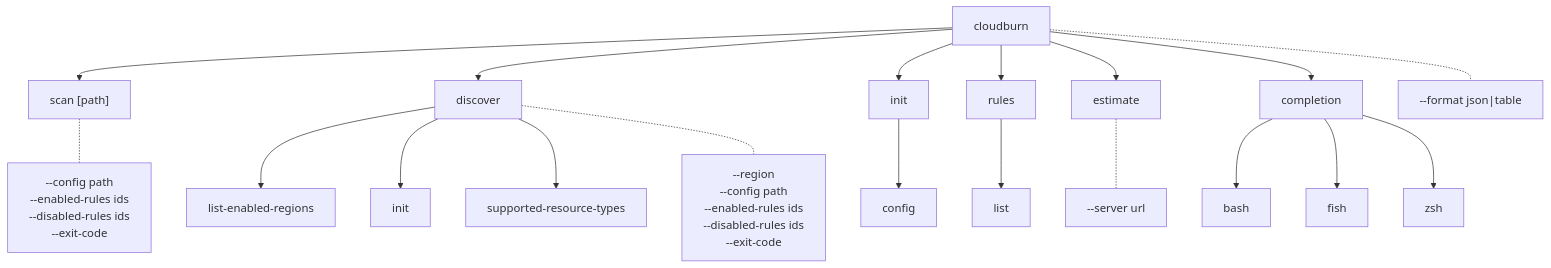
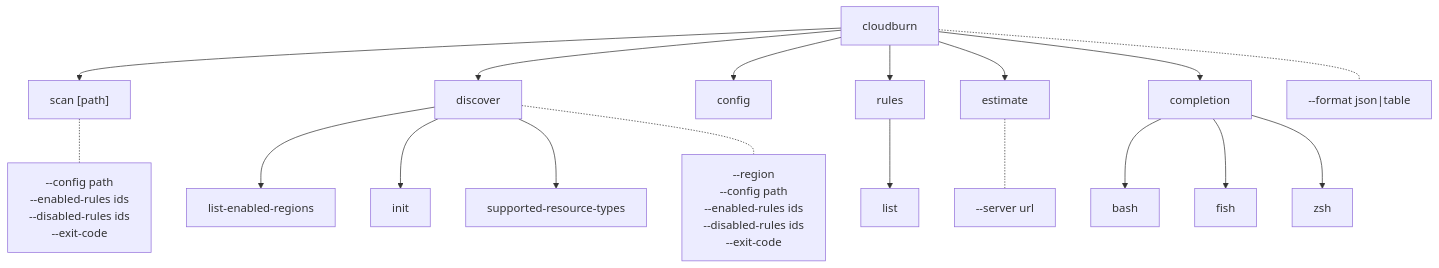
Before and after one commit to towardsthecloud/cloudburn: the first of 2 diagrams in docs/architecture/cli.md, drawn with Mermaid. The commit also changed other lines of this file and 13 other files, not shown here.

First line of the commit message:
fix(cli): replace init with config command (#44)

````diff
--- a/docs/architecture/cli.md
+++ b/docs/architecture/cli.md
@@ -5,22 +5,21 @@
 ```mermaid
 graph TD
   Root["cloudburn"] --> Scan["scan [path]"]
   Root --> Discover["discover"]
-  Root --> Init["init"]
+  Root --> Config["config"]
   Root --> Rules["rules"]
   Root --> Estimate["estimate"]
   Root --> Completion["completion"]
   Rules --> RulesList["list"]
-  Init --> InitConfig["config"]
   Discover --> DiscoverRegions["list-enabled-regions"]
   Discover --> DiscoverInit["init"]
   Discover --> DiscoverTypes["supported-resource-types"]
   Completion --> CompletionBash["bash"]
   Completion --> CompletionFish["fish"]
   Completion --> CompletionZsh["zsh"]
 
   Root -.- RootFlags["--format json|table"]
   Scan -.- ScanFlags["--config path\n--enabled-rules ids\n--disabled-rules ids\n--exit-code"]
   Discover -.- DiscoverFlags["--region <region|all>\n--config path\n--enabled-rules ids\n--disabled-rules ids\n--exit-code"]
   Estimate -.- EstimateFlags["--server url"]
 ```
````
